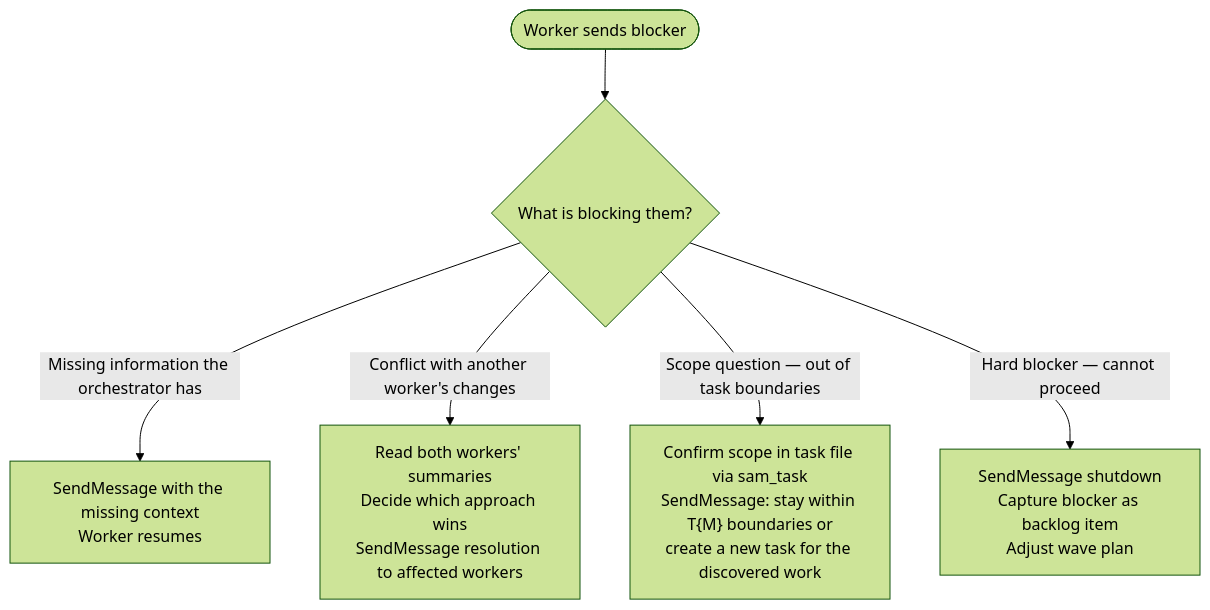
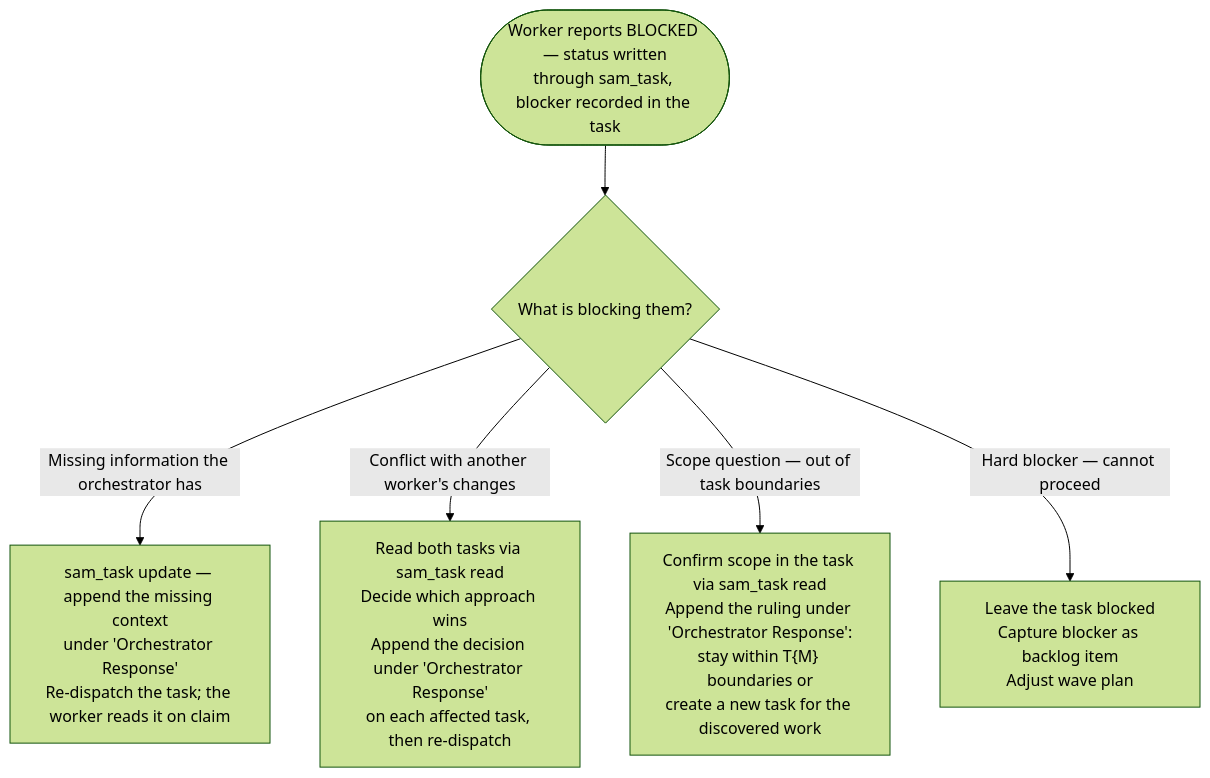
One commit to Jamie-BitFlight/claude_skills changed the third of 3 diagrams in plugins/development-harness/skills/dispatch/SKILL.md. Above: the diagram before and after it, drawn with Mermaid (forest theme). The commit also changed other lines of this file and 35 other files, not shown here.

````diff
--- a/plugins/development-harness/skills/dispatch/SKILL.md
+++ b/plugins/development-harness/skills/dispatch/SKILL.md
@@ -77,8 +77,8 @@
 ```mermaid
 flowchart TD
-    Blocker(["Worker sends blocker"]) --> Classify{"What is blocking them?"}
-    Classify -->|"Missing information the orchestrator has"| Relay["SendMessage with the missing context<br>Worker resumes"]
-    Classify -->|"Conflict with another worker's changes"| Resolve["Read both workers' summaries<br>Decide which approach wins<br>SendMessage resolution to affected workers"]
-    Classify -->|"Scope question — out of task boundaries"| Bound["Confirm scope in task file via sam_task<br>SendMessage: stay within T{M} boundaries or<br>create a new task for the discovered work"]
-    Classify -->|"Hard blocker — cannot proceed"| Escalate["SendMessage shutdown<br>Capture blocker as backlog item<br>Adjust wave plan"]
+    Blocker(["Worker reports BLOCKED — status written<br>through sam_task, blocker recorded in the task"]) --> Classify{"What is blocking them?"}
+    Classify -->|"Missing information the orchestrator has"| Relay["sam_task update — append the missing context<br>under 'Orchestrator Response'<br>Re-dispatch the task; the worker reads it on claim"]
+    Classify -->|"Conflict with another worker's changes"| Resolve["Read both tasks via sam_task read<br>Decide which approach wins<br>Append the decision under 'Orchestrator Response'<br>on each affected task, then re-dispatch"]
+    Classify -->|"Scope question — out of task boundaries"| Bound["Confirm scope in the task via sam_task read<br>Append the ruling under 'Orchestrator Response':<br>stay within T{M} boundaries or<br>create a new task for the discovered work"]
+    Classify -->|"Hard blocker — cannot proceed"| Escalate["Leave the task blocked<br>Capture blocker as backlog item<br>Adjust wave plan"]
 ```
````
